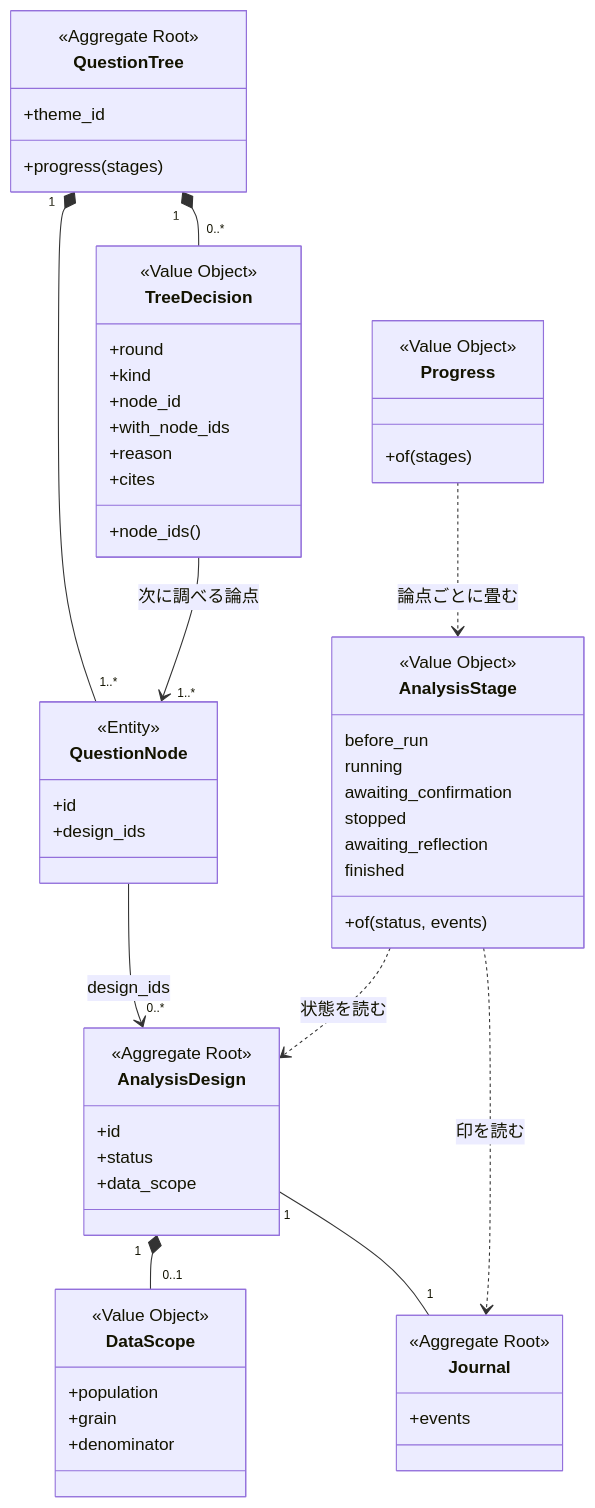
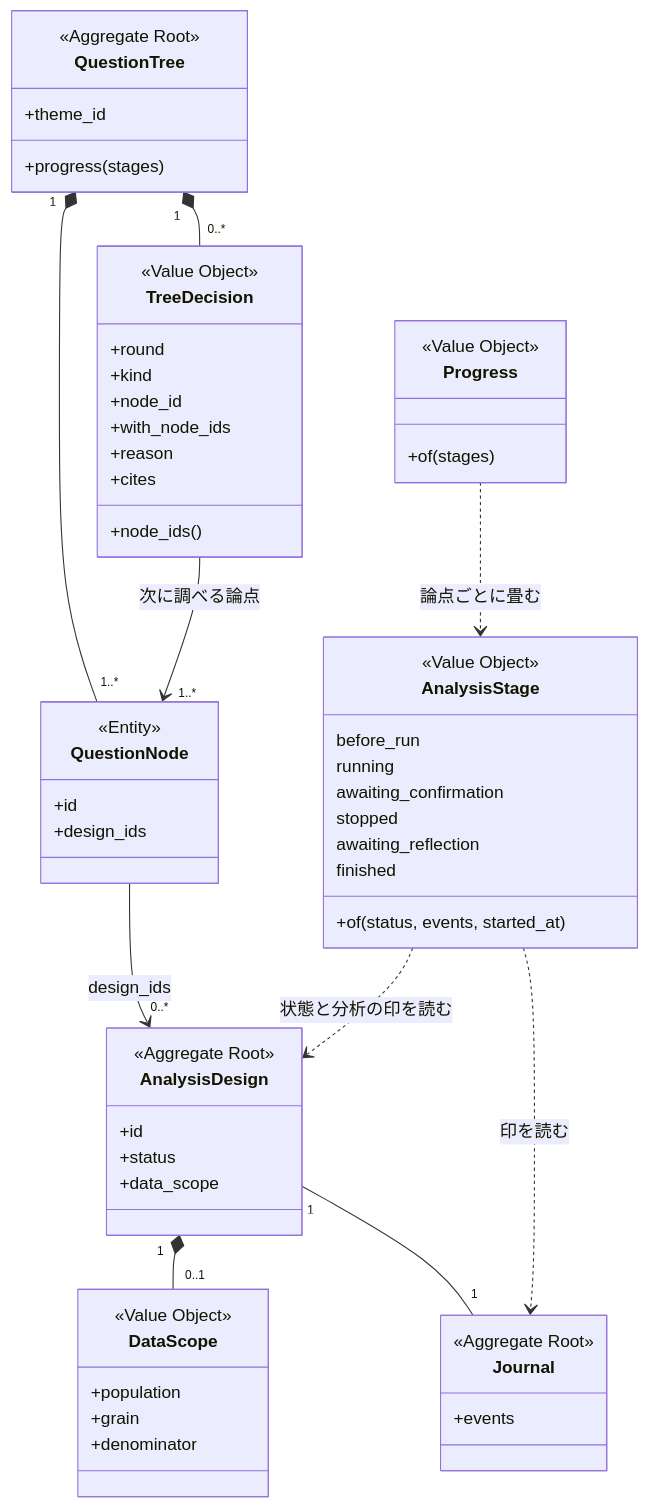
One commit to etoyama/insight-blueprint-skills changed the second of 4 diagrams in docs/design/epic-35-hand-over-questions.md. Above: the diagram before and after it, drawn with Mermaid. The commit also changed other lines of this file and 16 other files, not shown here.

````diff
--- a/docs/design/epic-35-hand-over-questions.md
+++ b/docs/design/epic-35-hand-over-questions.md
@@ -292,62 +292,62 @@
 ```mermaid
 classDiagram
     class QuestionTree {
         <<Aggregate Root>>
         +theme_id
         +progress(stages)
     }
     class QuestionNode {
         <<Entity>>
         +id
         +design_ids
     }
     class TreeDecision {
         <<Value Object>>
         +round
         +kind
         +node_id
         +with_node_ids
         +reason
         +cites
         +node_ids()
     }
     class AnalysisDesign {
         <<Aggregate Root>>
         +id
         +status
         +data_scope
     }
     class DataScope {
         <<Value Object>>
         +population
         +grain
         +denominator
     }
     class Journal {
         <<Aggregate Root>>
         +events
     }
     class AnalysisStage {
         <<Value Object>>
         before_run
         running
         awaiting_confirmation
         stopped
         awaiting_reflection
         finished
-        +of(status, events)
+        +of(status, events, started_at)
     }
     class Progress {
         <<Value Object>>
         +of(stages)
     }
     QuestionTree "1" *-- "1..*" QuestionNode
     QuestionTree "1" *-- "0..*" TreeDecision
     TreeDecision --> "1..*" QuestionNode : 次に調べる論点
     QuestionNode --> "0..*" AnalysisDesign : design_ids
     AnalysisDesign "1" *-- "0..1" DataScope
     AnalysisDesign "1" -- "1" Journal
-    AnalysisStage ..> AnalysisDesign : 状態を読む
+    AnalysisStage ..> AnalysisDesign : 状態と分析の印を読む
     AnalysisStage ..> Journal : 印を読む
     Progress ..> AnalysisStage : 論点ごとに畳む
 ```
````
